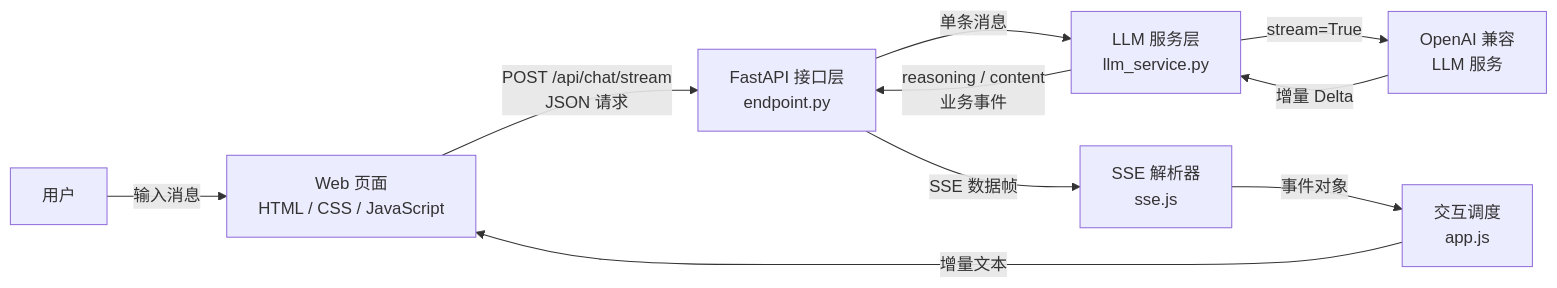
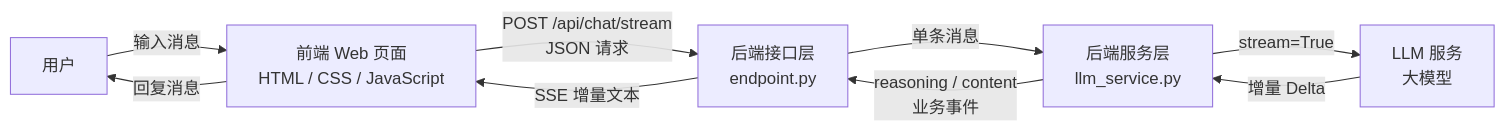
One commit to leonlucc/tiny-agent changed the diagram in book/src/chapter_02.md. Above: the diagram before and after it, drawn with Mermaid. The commit also changed other lines of this file, not shown here.

````diff
--- a/book/src/chapter_02.md
+++ b/book/src/chapter_02.md
@@ -32,12 +32,11 @@
 ```mermaid
 flowchart LR
-    User["用户"] -->|输入消息| UI["Web 页面<br/>HTML / CSS / JavaScript"]
-    UI -->|"POST /api/chat/stream<br/>JSON 请求"| API["FastAPI 接口层<br/>endpoint.py"]
-    API -->|单条消息| Service["LLM 服务层<br/>llm_service.py"]
-    Service -->|"stream=True"| LLM["OpenAI 兼容<br/>LLM 服务"]
+    User["用户"] -->|输入消息| UI["前端 Web 页面<br/>HTML / CSS / JavaScript"]
+    UI -->|"POST /api/chat/stream<br/>JSON 请求"| API["后端接口层<br/>endpoint.py"]
+    API -->|单条消息| Service["后端服务层<br/>llm_service.py"]
+    Service -->|"stream=True"| LLM["LLM 服务<br/>大模型"]
     LLM -->|增量 Delta| Service
     Service -->|"reasoning / content<br/>业务事件"| API
-    API -->|SSE 数据帧| Parser["SSE 解析器<br/>sse.js"]
-    Parser -->|事件对象| App["交互调度<br/>app.js"]
-    App -->|增量文本| UI
+    API -->|"SSE 增量文本"| UI
+    UI -->|"回复消息"| User
 ```
````
